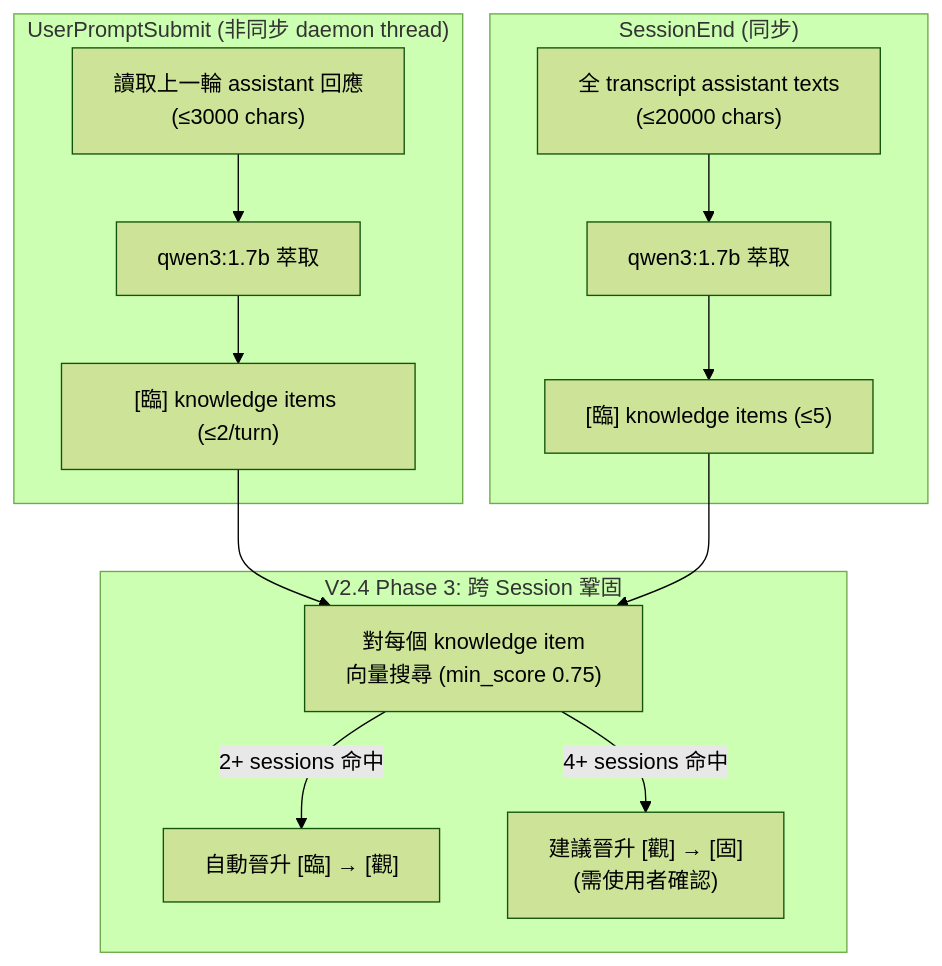
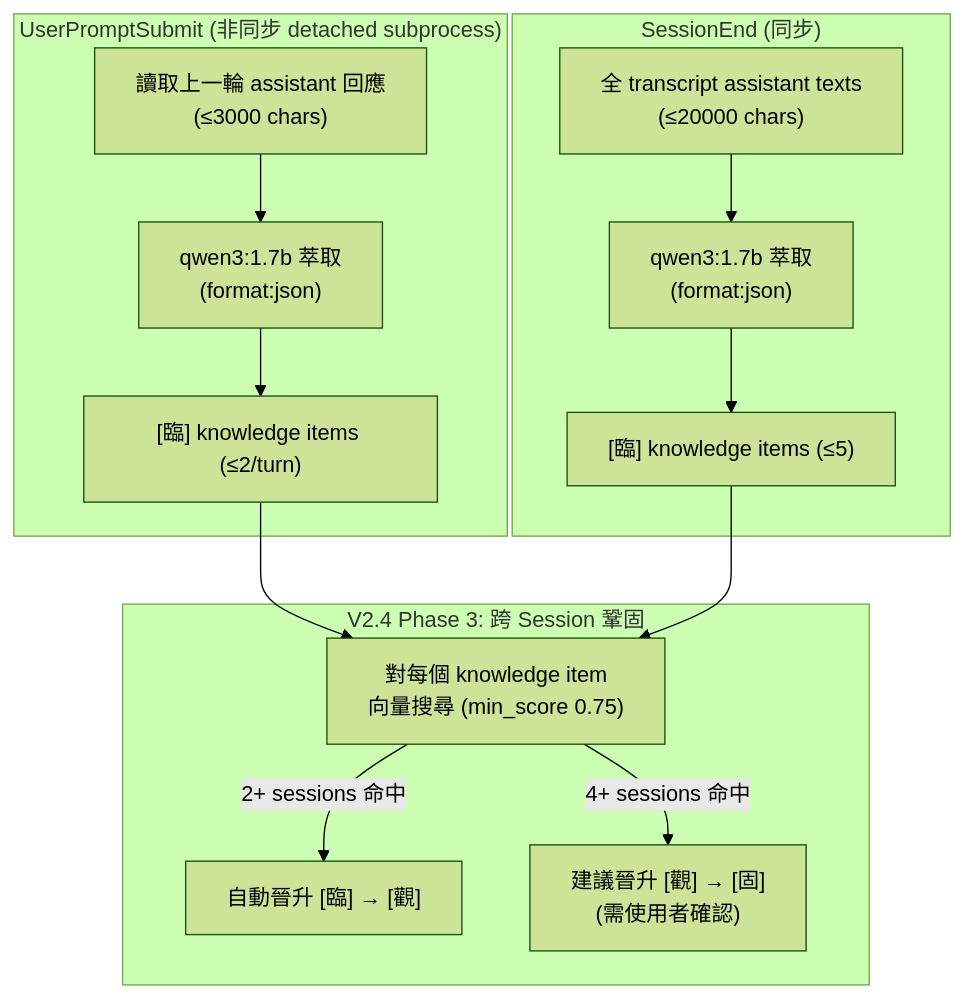
One commit to wellstseng/MyClaudeCode-.claude changed the fifth of 5 diagrams in README.md. Above: the diagram before and after it, drawn with Mermaid (forest theme). The commit also changed other lines of this file and 4 other files, not shown here.

````diff
--- a/README.md
+++ b/README.md
@@ -368,21 +375,21 @@
 ```mermaid
 flowchart TD
-    subgraph UPS ["UserPromptSubmit (非同步 daemon thread)"]
-        A1["讀取上一輪 assistant 回應<br/>(≤3000 chars)"] --> A2["qwen3:1.7b 萃取"]
+    subgraph UPS ["UserPromptSubmit (非同步 detached subprocess)"]
+        A1["讀取上一輪 assistant 回應<br/>(≤3000 chars)"] --> A2["qwen3:1.7b 萃取<br/>(format:json)"]
         A2 --> A3["[臨] knowledge items (≤2/turn)"]
     end
 
     subgraph SE ["SessionEnd (同步)"]
-        B1["全 transcript assistant texts<br/>(≤20000 chars)"] --> B2["qwen3:1.7b 萃取"]
+        B1["全 transcript assistant texts<br/>(≤20000 chars)"] --> B2["qwen3:1.7b 萃取<br/>(format:json)"]
         B2 --> B3["[臨] knowledge items (≤5)"]
     end
 
     subgraph P3 ["V2.4 Phase 3: 跨 Session 鞏固"]
         C1["對每個 knowledge item<br/>向量搜尋 (min_score 0.75)"]
         C1 -- "2+ sessions 命中" --> C2["自動晉升 [臨] → [觀]"]
         C1 -- "4+ sessions 命中" --> C3["建議晉升 [觀] → [固]<br/>(需使用者確認)"]
     end
 
     A3 --> C1
     B3 --> C1
 ```
````
